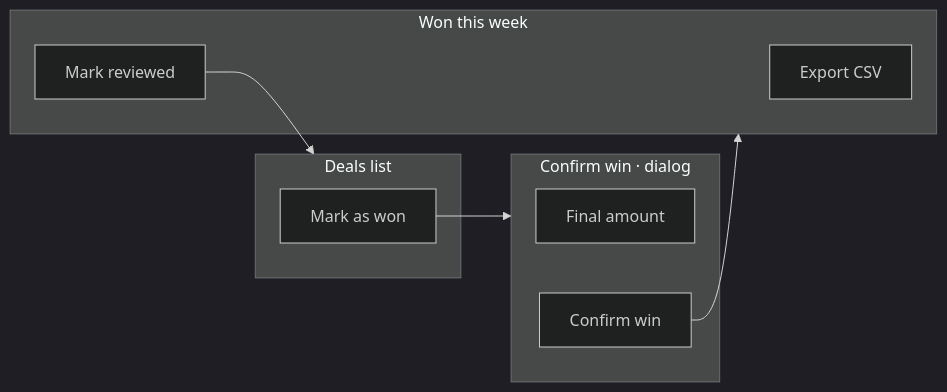
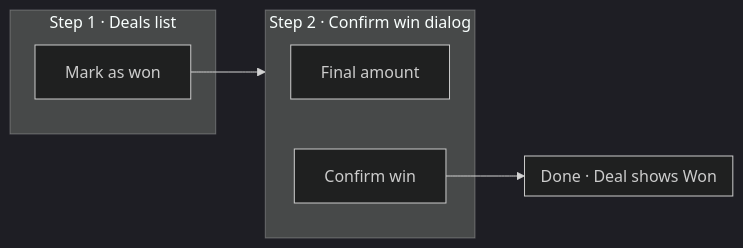
The seventh of 8 diagrams in plugins/shapeup-team/skills/shapeup-team/references/diagrams.md (tiagoafseixas/shapeup-plugin), drawn with Mermaid (dark theme) before and after one commit. The commit also changed other lines of this file and 16 other files, not shown here.

````diff
--- a/plugins/shapeup-team/skills/shapeup-team/references/diagrams.md
+++ b/plugins/shapeup-team/skills/shapeup-team/references/diagrams.md
@@ -112,17 +144,14 @@
 ```mermaid
 flowchart LR
-  subgraph Deals["Deals list"]
+  subgraph S1["Step 1 · Deals list"]
     win["Mark as won"]
   end
-  subgraph Confirm["Confirm win · dialog"]
+  subgraph S2["Step 2 · Confirm win dialog"]
     amount["Final amount"]
     ok["Confirm win"]
   end
-  subgraph Week["Won this week"]
-    export["Export CSV"]
-    reviewed["Mark reviewed"]
+  subgraph Done["Done · Deal shows Won"]
   end
-  win --> Confirm
-  ok --> Week
-  reviewed --> Deals
+  win --> S2
+  ok --> Done
 ```
````
